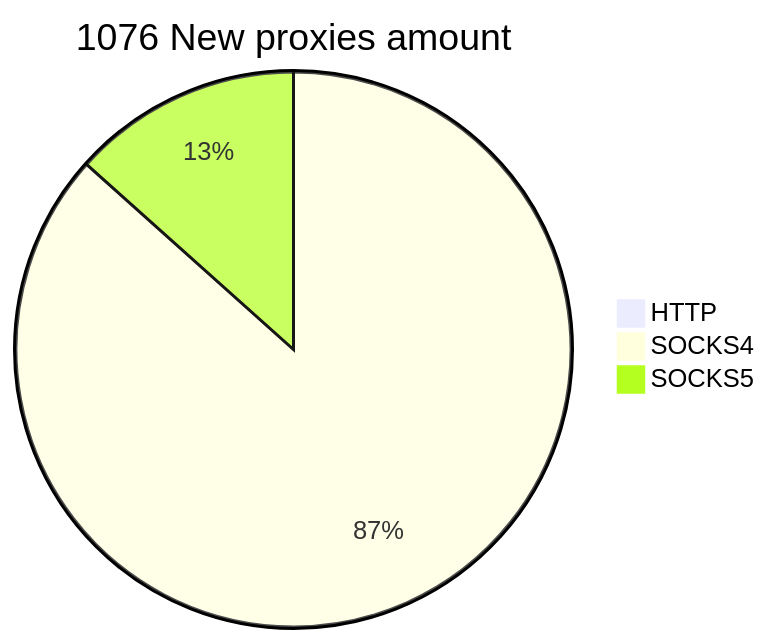
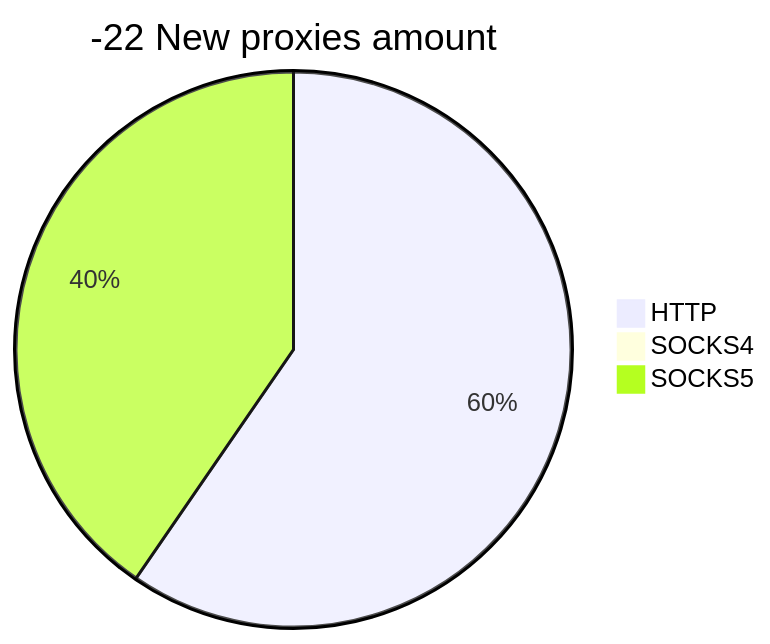
One commit to cutipu/proxylist changed the second of 2 diagrams in README.md. Above: the diagram before and after it, drawn with Mermaid. The commit also changed other lines of this file, not shown here.

````diff
--- a/README.md
+++ b/README.md
@@ -10,6 +10,6 @@
 ```mermaid
-pie title 1076 New proxies amount
-    "HTTP" : 0
-    "SOCKS4" : 1003
-    "SOCKS5" : 155
+pie title -22 New proxies amount
+    "HTTP" : 118
+    "SOCKS4" : 0
+    "SOCKS5" : 80
 ```
````
